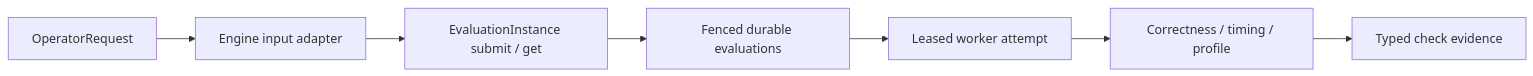
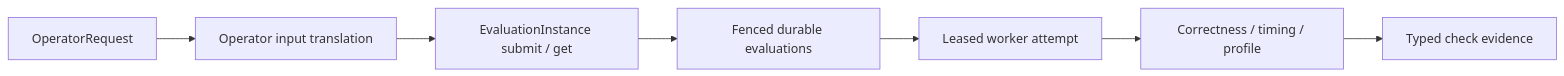
One commit to CARI-DAAL/triton-op-evaluation changed the diagram in docs/architecture/kernel-evaluation.md. Above: the diagram before and after it, drawn with Mermaid. The commit also changed other lines of this file and 24 other files, not shown here.

First line of the commit message:
refactor: give operator input one module that validates once

````diff
--- a/docs/architecture/kernel-evaluation.md
+++ b/docs/architecture/kernel-evaluation.md
@@ -22,9 +29,9 @@
 ```mermaid
 flowchart LR
-    HTTP[OperatorRequest] --> Adapter[Engine input adapter]
-    Adapter --> Instance[EvaluationInstance submit / get]
+    HTTP[OperatorRequest] --> Input[Operator input translation]
+    Input --> Instance[EvaluationInstance submit / get]
     Instance --> Store[Fenced durable evaluations]
     Store --> Worker[Leased worker attempt]
     Worker --> Engine[Correctness / timing / profile]
     Engine --> Evidence[Typed check evidence]
 ```
````
